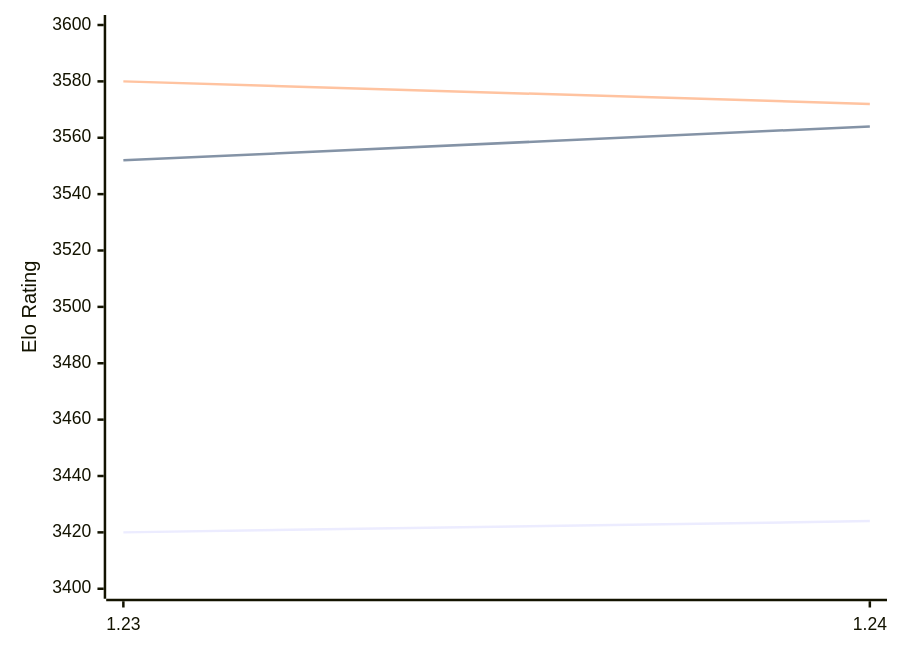
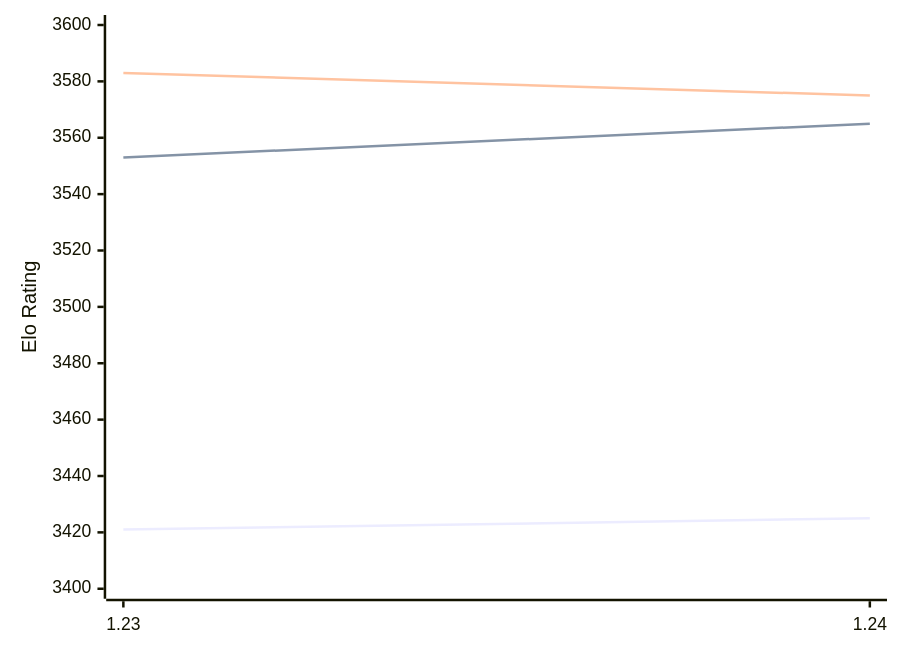
Before and after one commit to computer-chess-index/cci: the diagram in engines/Caissa.md, drawn with Mermaid. The commit also changed other lines of this file, not shown here.

Commit message:
Update CCI Ratings (ELO VLTC) - 2026-02-13

````diff
--- a/engines/Caissa.md
+++ b/engines/Caissa.md
@@ -61,9 +61,9 @@
 ```mermaid
 %%{init: {"theme":"base","themeVariables":{"seriesColors:['#a3a3a3','#222221','#faa371']}}}%%
 xychart-beta
   x-axis ["1.23", "1.24"]
   y-axis "Elo Rating" 3400 --> 3600
-  line "STC (8.0+0.08s)" [3420, 3424]
-  line "LTC (60.0+0.60s)" [3552, 3564]
-  line "VLTC (2m24s+1.12s)" [3580, 3572]
+  line "STC (8.0+0.08s)" [3421, 3425]
+  line "LTC (60.0+0.60s)" [3553, 3565]
+  line "VLTC (2m24s+1.12s)" [3583, 3575]
 ```
````
